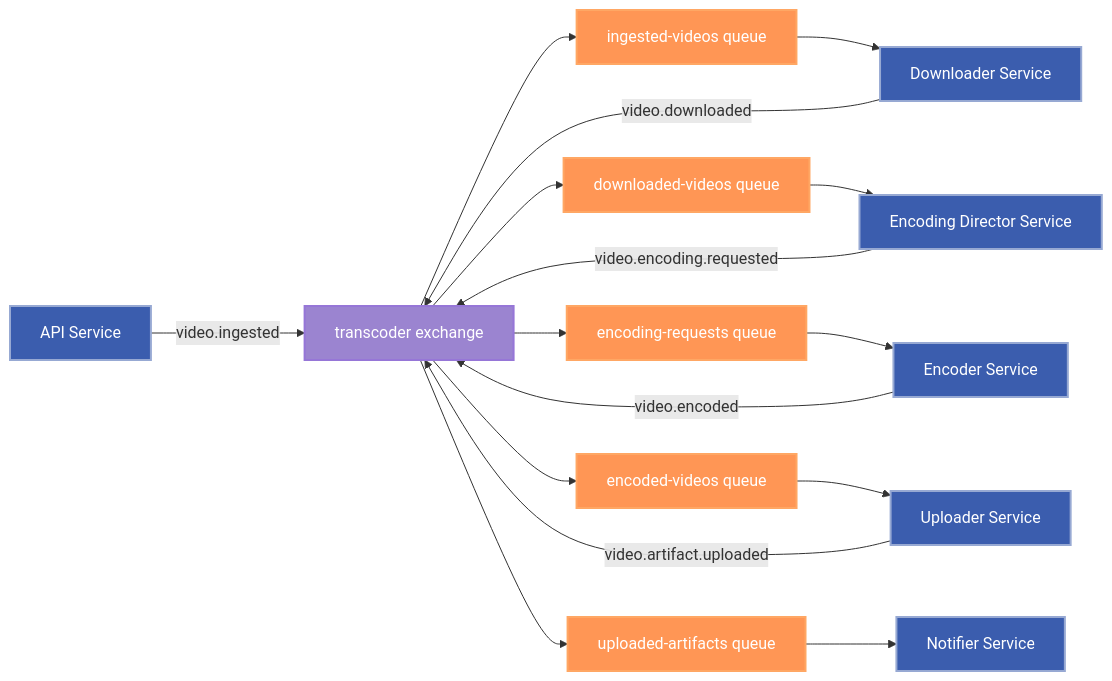
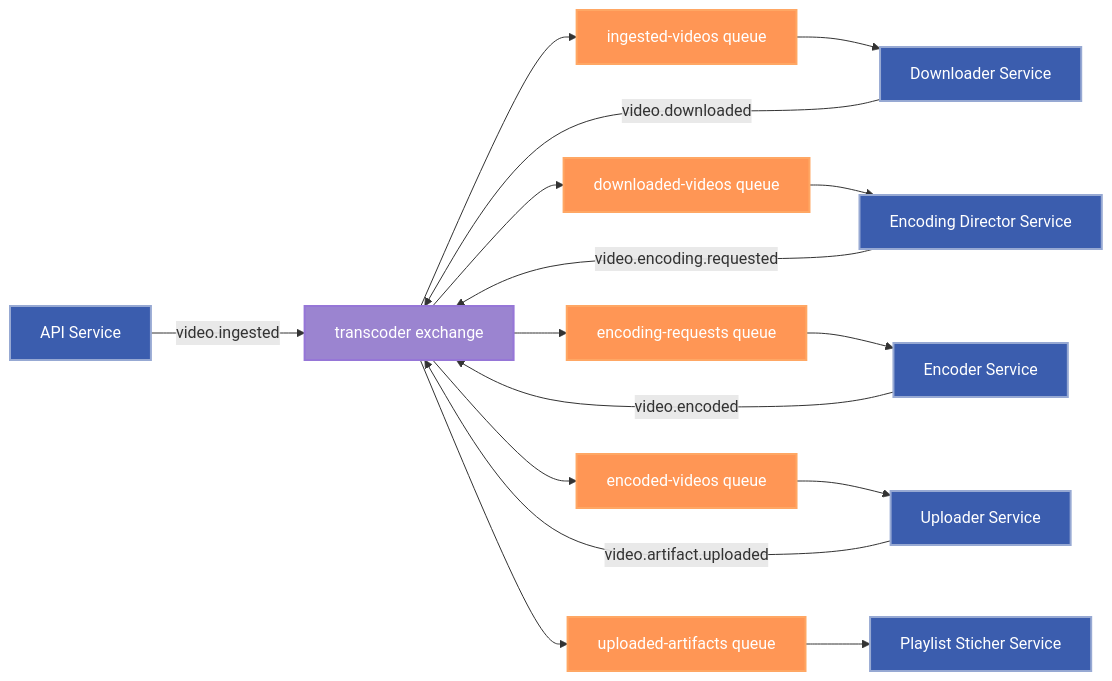
The second of 2 diagrams in README.md (cieslarmichal/transcoder), drawn with Mermaid before and after one commit. The commit also changed other lines of this file and 11 other files, not shown here.

````diff
--- a/README.md
+++ b/README.md
@@ -53,41 +52,41 @@
 ```mermaid
 flowchart LR
   API[API Service]:::service
   DOWNLOADER[Downloader Service]:::service
   ENCODING_DIRECTOR[Encoding Director Service]:::service
   ENCODER[Encoder Service]:::service
   UPLOADER[Uploader Service]:::service
-  NOTIFIER[Notifier Service]:::service
+  PLAYLIST_STICHER[Playlist Sticher Service]:::service
 
   INGESTED_VIDEOS[ingested-videos queue]:::queue
   DOWNLOADED_VIDEOS[downloaded-videos queue]:::queue
   ENCODING_REQUESTS[encoding-requests queue]:::queue
   ENCODED_VIDEOS[encoded-videos queue]:::queue
   UPLOADED_ARTIFACTS[uploaded-artifacts queue]:::queue
 
   EXCHANGE[transcoder exchange]:::exchange
 
   API -->|video.ingested| EXCHANGE
   EXCHANGE --> INGESTED_VIDEOS
   INGESTED_VIDEOS --> DOWNLOADER
 
   DOWNLOADER -->|video.downloaded| EXCHANGE
   EXCHANGE --> DOWNLOADED_VIDEOS
   DOWNLOADED_VIDEOS --> ENCODING_DIRECTOR
 
   ENCODING_DIRECTOR -->|video.encoding.requested| EXCHANGE
   EXCHANGE --> ENCODING_REQUESTS
   ENCODING_REQUESTS --> ENCODER
   
   ENCODER -->|video.encoded| EXCHANGE
   EXCHANGE --> ENCODED_VIDEOS
   ENCODED_VIDEOS --> UPLOADER
 
   UPLOADER -->|video.artifact.uploaded| EXCHANGE
   EXCHANGE --> UPLOADED_ARTIFACTS
-  UPLOADED_ARTIFACTS --> NOTIFIER
+  UPLOADED_ARTIFACTS --> PLAYLIST_STICHER
 
   classDef queue color:#fff,fill:#ff9655,stroke:#ffa764,stroke-width:2px;
   classDef exchange color:#fff,fill:#9b84d0,stroke:#9676d7,stroke-width:2px;
   classDef service color:#fff,fill:#3b5dae,stroke:#97a9d3,stroke-width:2px;
 ```
````
